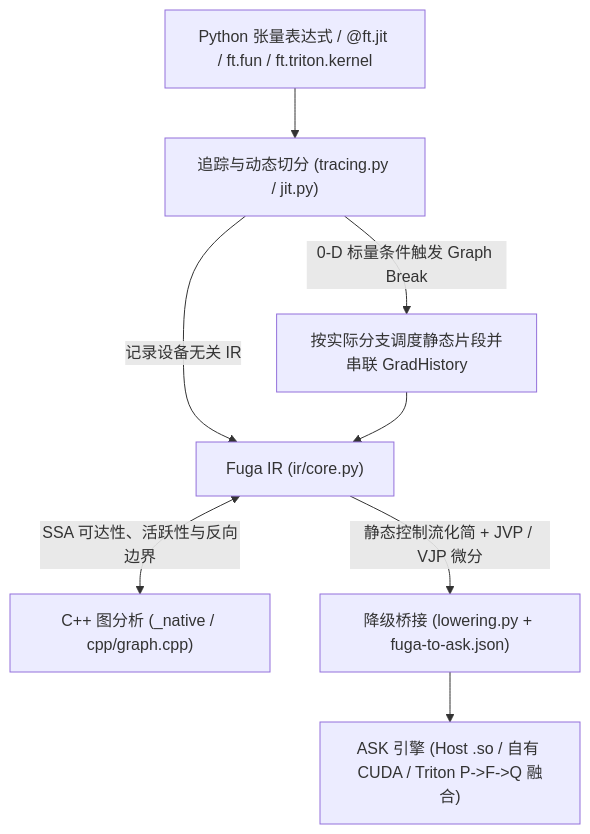
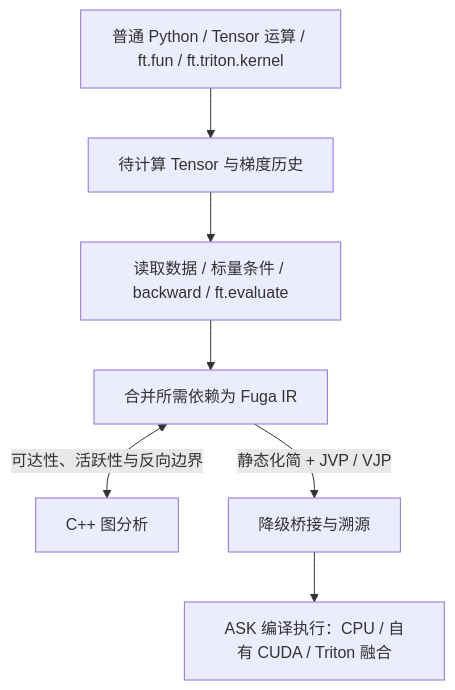
The diagram in docs/architecture/README.md (fugatensor/fugatensor), drawn with Mermaid before and after one commit. The commit also changed other lines of this file and 32 other files, not shown here.

First line of the commit message:
feat: build Tensor graphs automatically and JIT on demand

````diff
--- a/docs/architecture/README.md
+++ b/docs/architecture/README.md
@@ -7,10 +7,9 @@
 ```mermaid
 flowchart TD
-    User["Python 张量表达式 / @ft.jit / ft.fun / ft.triton.kernel"] --> Trace["追踪与动态切分 (tracing.py / jit.py)"]
-    Trace -->|"0-D 标量条件触发 Graph Break"| Seg["按实际分支调度静态片段并串联 GradHistory"]
-    Trace -->|"记录设备无关 IR"| FugaIR["Fuga IR (ir/core.py)"]
-    Seg --> FugaIR
-    FugaIR <-->|"SSA 可达性、活跃性与反向边界"| NativeCPP["C++ 图分析 (_native / cpp/graph.cpp)"]
-    FugaIR -->|"静态控制流化简 + JVP / VJP 微分"| Lower["降级桥接 (lowering.py + fuga-to-ask.json)"]
-    Lower --> ASK["ASK 引擎 (Host .so / 自有 CUDA / Triton P->F->Q 融合)"]
+    User["普通 Python / Tensor 运算 / ft.fun / ft.triton.kernel"] --> Pending["待计算 Tensor 与梯度历史"]
+    Pending --> Boundary["读取数据 / 标量条件 / backward / ft.evaluate"]
+    Boundary --> FugaIR["合并所需依赖为 Fuga IR"]
+    FugaIR <-->|"可达性、活跃性与反向边界"| NativeCPP["C++ 图分析"]
+    FugaIR -->|"静态化简 + JVP / VJP"| Lower["降级桥接与溯源"]
+    Lower --> ASK["ASK 编译执行：CPU / 自有 CUDA / Triton 融合"]
 ```
````
